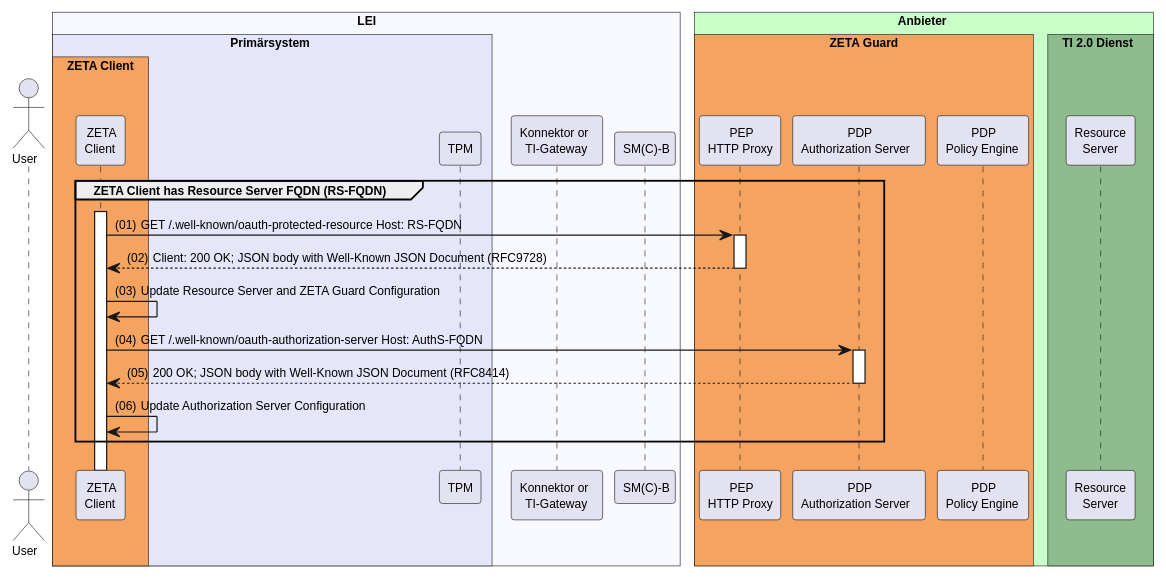
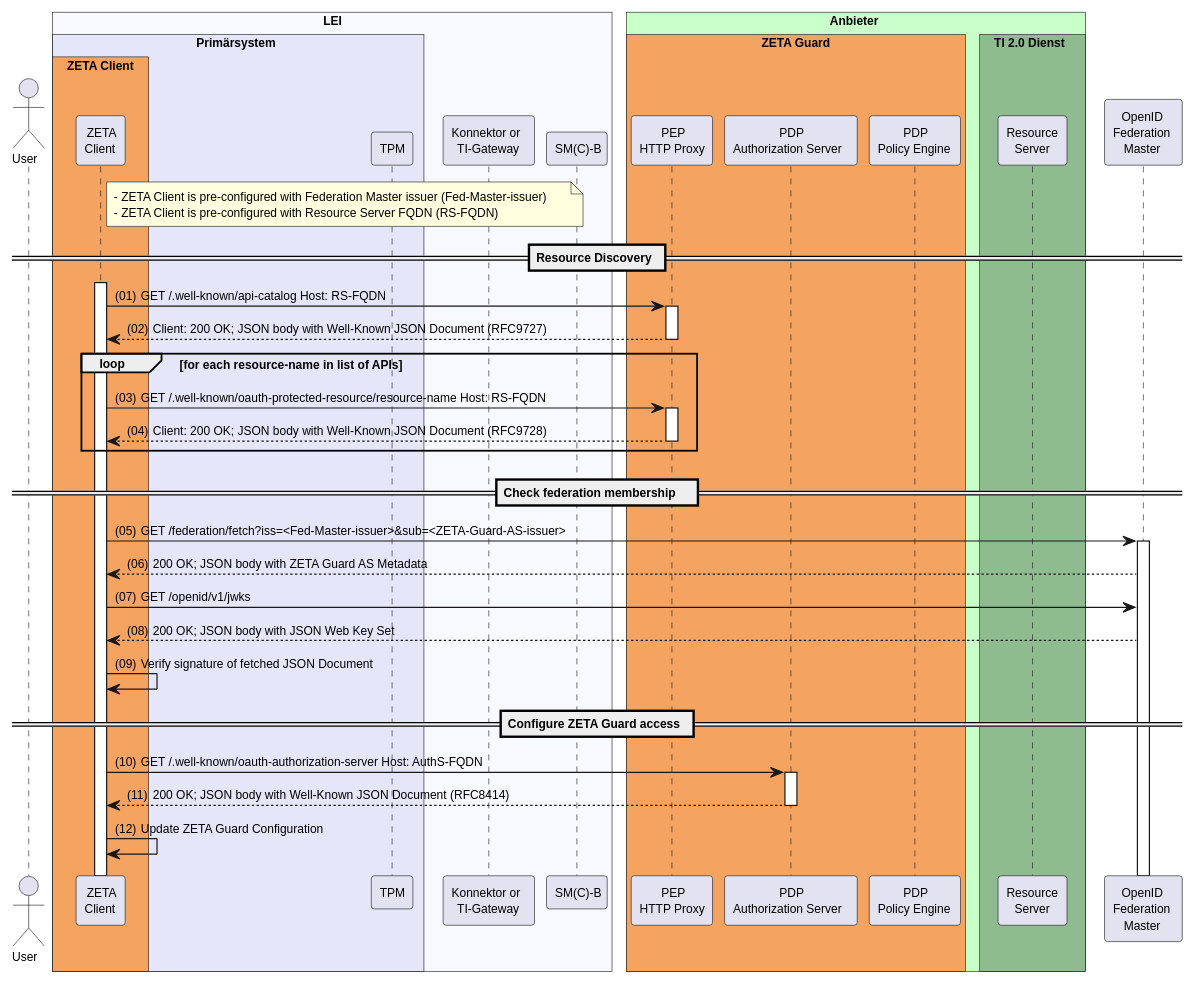
Before and after one commit to gematik/zeta: the diagram in src/plantuml/tpm-attestation-and-token-exchange/discovery-and-configuration.puml, drawn with PlantUML.

Commit message:
Refactor PlantUML diagram for ZETA Client; enhance resource discovery and federation membership checks

```diff
--- a/src/plantuml/tpm-attestation-and-token-exchange/discovery-and-configuration.puml
+++ b/src/plantuml/tpm-attestation-and-token-exchange/discovery-and-configuration.puml
@@ -1,48 +1,66 @@
 @startuml "discovery-and-configuration"
 autonumber "(00)"
 skinparam defaultFontSize 10
 skinparam defaultFontName Helvetica
 skinparam DefaultMonospacedFontName Courier
 skinparam lengthAdjust none
 skinparam sequenceReferenceBackgroundColor White
 skinparam SequenceReferenceFontSize 12
 /'skinparam SequenceReferenceFontStyle bold
 '/
 
 
 !pragma teoz true
 
 Actor User
 box "LEI" #GhostWhite
   box "Primärsystem" #Lavender
     box "ZETA Client" #SandyBrown
       participant Client as "ZETA\nClient"
     end box
     participant TPM as "TPM"
   end box
   participant Konnektor as "Konnektor or\nTI-Gateway"
   participant SMB as "SM(C)-B"
 end box
 
 box "Anbieter" #TECHNOLOGY
   box "ZETA Guard" #SandyBrown
     participant HP as "PEP\nHTTP Proxy"
     participant AuthS as "PDP\nAuthorization Server" 
     participant PE as "PDP\nPolicy Engine"
   end box
     box TI 2.0 Dienst #DarkSeaGreen
       participant RS as "Resource\nServer"
     end box
 end box
 
-group ZETA Client has Resource Server FQDN (RS-FQDN)
-  Client ++
-  Client -> HP ++ : GET /.well-known/oauth-protected-resource Host: RS-FQDN
-  HP --> Client -- : Client: 200 OK; JSON body with Well-Known JSON Document (RFC9728)
-  Client -> Client: Update Resource Server and ZETA Guard Configuration
-  Client -> AuthS ++ : GET /.well-known/oauth-authorization-server Host: AuthS-FQDN
-  AuthS --> Client -- : 200 OK; JSON body with Well-Known JSON Document (RFC8414)
-  Client -> Client: Update Authorization Server Configuration
+participant FM as "OpenID\nFederation\nMaster"
+
+note right of Client #LightYellow
+  - ZETA Client is pre-configured with Federation Master issuer (Fed-Master-issuer)
+  - ZETA Client is pre-configured with Resource Server FQDN (RS-FQDN)
+end note
+== Resource Discovery ==
+Client ++
+Client -> HP++: GET /.well-known/api-catalog Host: RS-FQDN
+HP --> Client--: Client: 200 OK; JSON body with Well-Known JSON Document (RFC9727)
+loop for each resource-name in list of APIs
+  Client -> HP ++ : GET /.well-known/oauth-protected-resource/resource-name Host: RS-FQDN
+  HP --> Client--: Client: 200 OK; JSON body with Well-Known JSON Document (RFC9728)
 end
+== Check federation membership ==
+
+Client -> FM++: GET /federation/fetch?iss=<Fed-Master-issuer>&sub=<ZETA-Guard-AS-issuer>
+FM --> Client : 200 OK; JSON body with ZETA Guard AS Metadata
+Client -> FM: GET /openid/v1/jwks
+FM --> Client: 200 OK; JSON body with JSON Web Key Set
+Client -> Client: Verify signature of fetched JSON Document
+== Configure ZETA Guard access ==
+
+Client -> AuthS ++ : GET /.well-known/oauth-authorization-server Host: AuthS-FQDN
+AuthS --> Client -- : 200 OK; JSON body with Well-Known JSON Document (RFC8414)
+
+Client -> Client: Update ZETA Guard Configuration
 
 @enduml
```
